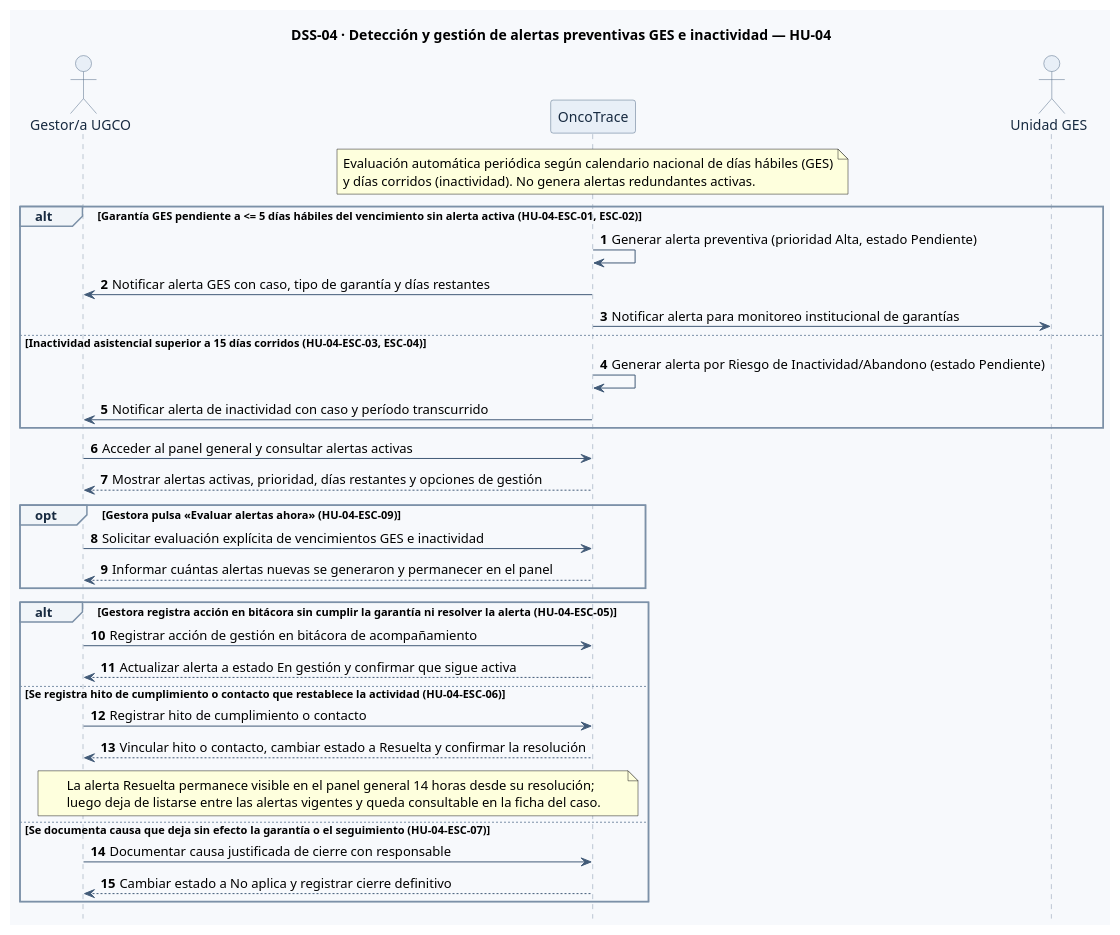
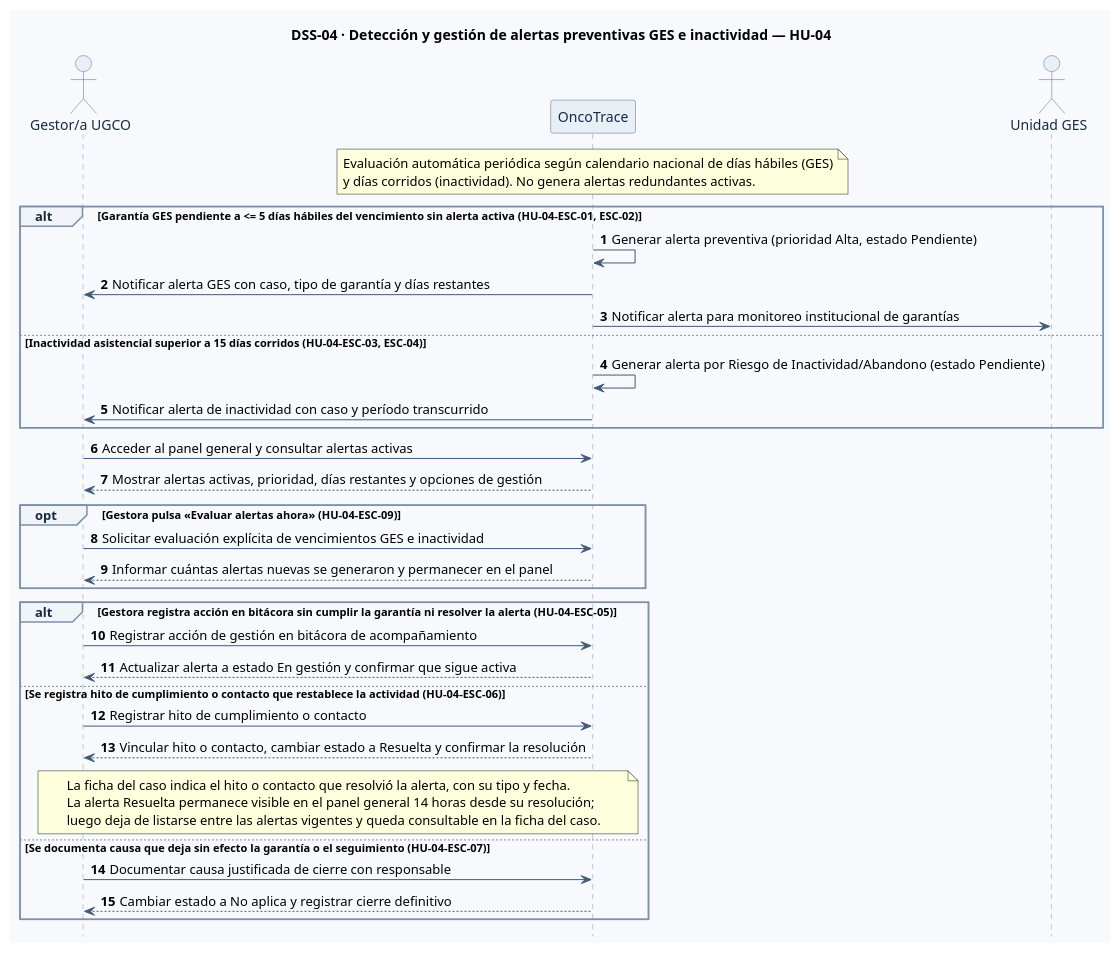
One commit to br1fz/OncoTrace changed the fourth of 4 diagrams in diagramas/diagramas-secuencia.puml. Above: the diagram before and after it, drawn with PlantUML. The commit also changed 7 other files, not shown here.

Commit message:
docs(hu-04): reflejar en artefactos hito o contacto resolutivo en ficha del caso (OBS-1, ESC-06, CA5, DSS-04)

```diff
--- a/diagramas/diagramas-secuencia.puml
+++ b/diagramas/diagramas-secuencia.puml
@@ -216,65 +216,66 @@
 @startuml DSS-04-HU-04
 hide footbox
 autonumber
 skinparam shadowing false
 skinparam backgroundColor #F7F9FC
 skinparam defaultFontName SansSerif
 skinparam sequence {
   ArrowColor #425B78
   LifeLineBorderColor #8295AA
   LifeLineBackgroundColor #F0F4F8
   ParticipantBorderColor #526B87
   ParticipantBackgroundColor #E8EFF7
   ParticipantFontColor #172A40
   ActorBorderColor #526B87
   ActorBackgroundColor #E8EFF7
   ActorFontColor #172A40
   BoxBorderColor #CBD5E1
   BoxBackgroundColor #F8FAFC
   GroupBorderColor #7C91A8
   GroupBackgroundColor #F1F5F9
   GroupHeaderFontColor #172A40
   ResponseMessageBelowArrow true
 }
 title DSS-04 · Detección y gestión de alertas preventivas GES e inactividad — HU-04
 actor "Gestor/a UGCO" as Gestor
 participant "OncoTrace" as OT
 actor "Unidad GES" as GES
 
 note over OT
 Evaluación automática periódica según calendario nacional de días hábiles (GES)
 y días corridos (inactividad). No genera alertas redundantes activas.
 end note
 
 alt Garantía GES pendiente a <= 5 días hábiles del vencimiento sin alerta activa (HU-04-ESC-01, ESC-02)
   OT -> OT: Generar alerta preventiva (prioridad Alta, estado Pendiente)
   OT -> Gestor: Notificar alerta GES con caso, tipo de garantía y días restantes
   OT -> GES: Notificar alerta para monitoreo institucional de garantías
 else Inactividad asistencial superior a 15 días corridos (HU-04-ESC-03, ESC-04)
   OT -> OT: Generar alerta por Riesgo de Inactividad/Abandono (estado Pendiente)
   OT -> Gestor: Notificar alerta de inactividad con caso y período transcurrido
 end
 
 Gestor -> OT: Acceder al panel general y consultar alertas activas
 OT --> Gestor: Mostrar alertas activas, prioridad, días restantes y opciones de gestión
 
 opt Gestora pulsa «Evaluar alertas ahora» (HU-04-ESC-09)
   Gestor -> OT: Solicitar evaluación explícita de vencimientos GES e inactividad
   OT --> Gestor: Informar cuántas alertas nuevas se generaron y permanecer en el panel
 end
 
 alt Gestora registra acción en bitácora sin cumplir la garantía ni resolver la alerta (HU-04-ESC-05)
   Gestor -> OT: Registrar acción de gestión en bitácora de acompañamiento
   OT --> Gestor: Actualizar alerta a estado En gestión y confirmar que sigue activa
 else Se registra hito de cumplimiento o contacto que restablece la actividad (HU-04-ESC-06)
   Gestor -> OT: Registrar hito de cumplimiento o contacto
   OT --> Gestor: Vincular hito o contacto, cambiar estado a Resuelta y confirmar la resolución
   note over OT, Gestor
+La ficha del caso indica el hito o contacto que resolvió la alerta, con su tipo y fecha.
 La alerta Resuelta permanece visible en el panel general 14 horas desde su resolución;
 luego deja de listarse entre las alertas vigentes y queda consultable en la ficha del caso.
 end note
 else Se documenta causa que deja sin efecto la garantía o el seguimiento (HU-04-ESC-07)
   Gestor -> OT: Documentar causa justificada de cierre con responsable
   OT --> Gestor: Cambiar estado a No aplica y registrar cierre definitivo
 end
 @enduml
```
